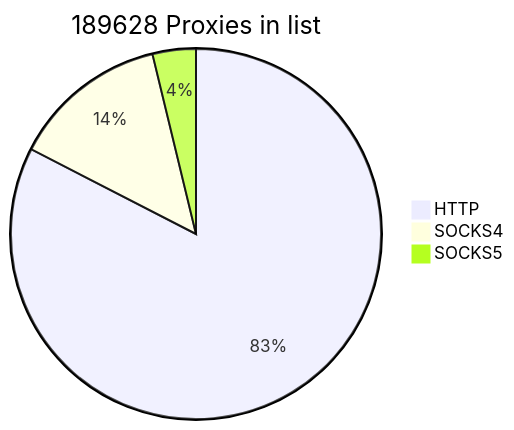
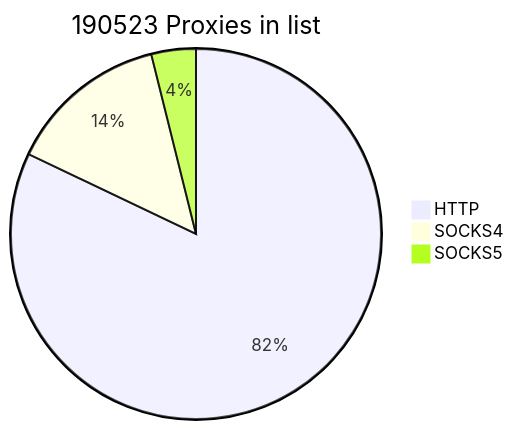
Before and after one commit to cutipu/proxylist: the first of 2 diagrams in README.md, drawn with Mermaid. The commit also changed other lines of this file, not shown here.

````diff
--- a/README.md
+++ b/README.md
@@ -2,7 +2,7 @@
 ```mermaid
-pie title 189628 Proxies in list
-    "HTTP" : 156558
-    "SOCKS4" : 25905
-    "SOCKS5" : 7165
+pie title 190523 Proxies in list
+    "HTTP" : 156386
+    "SOCKS4" : 26738
+    "SOCKS5" : 7399
             
 ```
````
